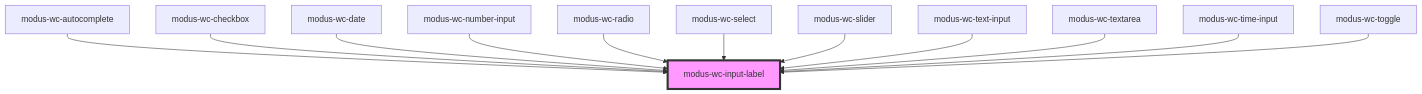
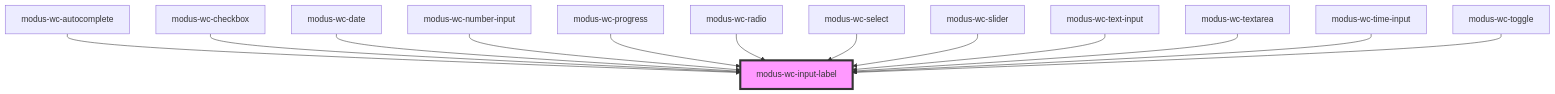
The diagram in src/components/modus-wc-input-label/readme.md (trimble-oss/modus-wc-2.0), drawn with Mermaid before and after one commit. The commit also changed other lines of this file and 5 other files, not shown here.

Commit message:
fix: update progress component label styles

````diff
--- a/src/components/modus-wc-input-label/readme.md
+++ b/src/components/modus-wc-input-label/readme.md
@@ -45,15 +46,16 @@
 ```mermaid
 graph TD;
   modus-wc-autocomplete --> modus-wc-input-label
   modus-wc-checkbox --> modus-wc-input-label
   modus-wc-date --> modus-wc-input-label
   modus-wc-number-input --> modus-wc-input-label
+  modus-wc-progress --> modus-wc-input-label
   modus-wc-radio --> modus-wc-input-label
   modus-wc-select --> modus-wc-input-label
   modus-wc-slider --> modus-wc-input-label
   modus-wc-text-input --> modus-wc-input-label
   modus-wc-textarea --> modus-wc-input-label
   modus-wc-time-input --> modus-wc-input-label
   modus-wc-toggle --> modus-wc-input-label
   style modus-wc-input-label fill:#f9f,stroke:#333,stroke-width:4px
 ```
````
